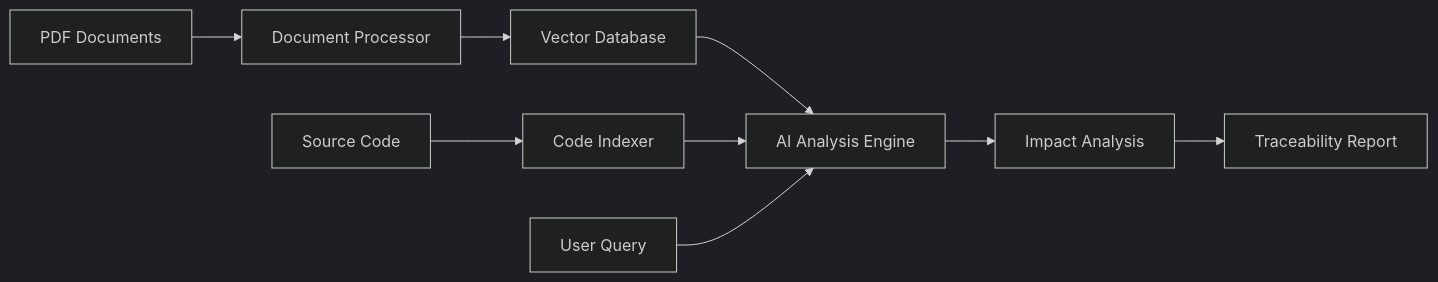
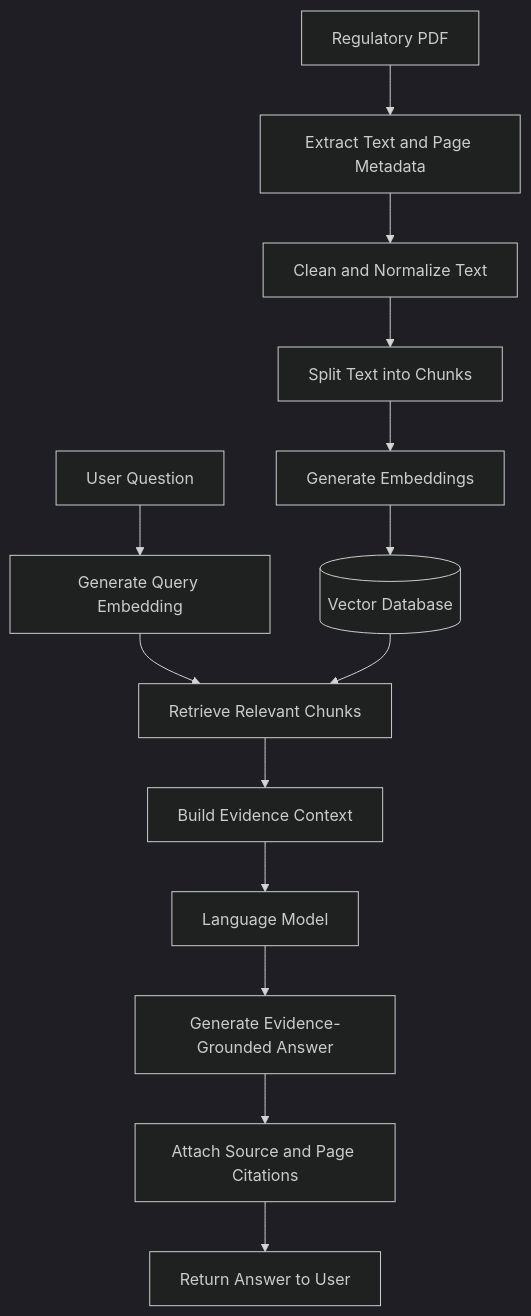
The third of 4 diagrams in README.md (rajshreesinha-23/regulalens-ai), drawn with Mermaid (dark theme) before and after one commit. The commit also changed other lines of this file, not shown here.

````diff
--- a/README.md
+++ b/README.md
@@ -78,11 +178,18 @@
 ```mermaid
-flowchart LR
-    A["PDF Documents"] --> B["Document Processor"]
-    B --> C["Vector Database"]
-    D["Source Code"] --> E["Code Indexer"]
-    C --> F["AI Analysis Engine"]
-    E --> F
-    G["User Query"] --> F
-    F --> H["Impact Analysis"]
-    H --> I["Traceability Report"]
+flowchart TD
+    A["Regulatory PDF"] --> B["Extract Text and Page Metadata"]
+    B --> C["Clean and Normalize Text"]
+    C --> D["Split Text into Chunks"]
+    D --> E["Generate Embeddings"]
+    E --> F[("Vector Database")]
+
+    Q["User Question"] --> S["Generate Query Embedding"]
+    S --> R["Retrieve Relevant Chunks"]
+    F --> R
+
+    R --> CTX["Build Evidence Context"]
+    CTX --> LLM["Language Model"]
+    LLM --> ANS["Generate Evidence-Grounded Answer"]
+    ANS --> CIT["Attach Source and Page Citations"]
+    CIT --> OUT["Return Answer to User"]
 ```
````
